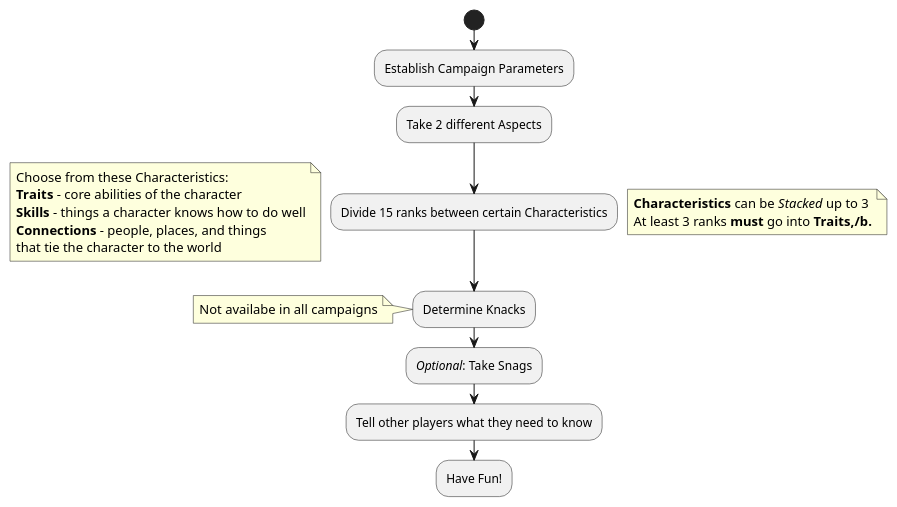
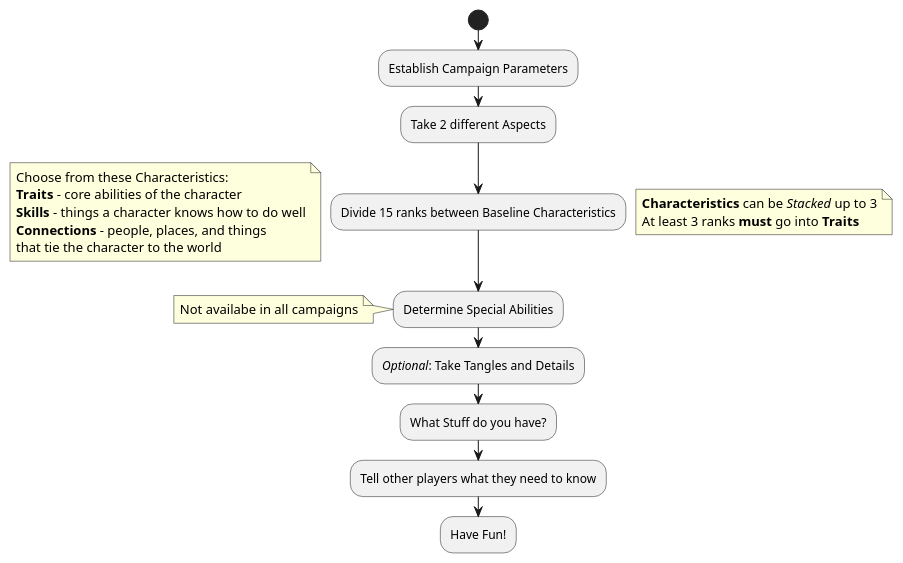
One commit to s-20/unnamed changed the diagram in CCSummary.md. Above: the diagram before and after it, drawn with PlantUML. The commit also changed other lines of this file and 7 other files, not shown here.

````diff
--- a/CCSummary.md
+++ b/CCSummary.md
@@ -10,25 +11,26 @@
 ```plantuml
 @startuml
 start
 :Establish Campaign Parameters;
 :Take 2 different Aspects;
-:Divide 15 ranks between certain Characteristics;
+:Divide 15 ranks between Baseline Characteristics;
 note right
 <b>Characteristics</b> can be //Stacked// up to 3
-At least 3 ranks <b>must</b> go into <b>Traits,/b.
+At least 3 ranks <b>must</b> go into <b>Traits</b>
 end note
 note left
 Choose from these Characteristics:
 <b>Traits</b> - core abilities of the character
 <b>Skills</b> - things a character knows how to do well
 <b>Connections</b> - people, places, and things
 that tie the character to the world
 end note
-:Determine Knacks;
+:Determine Special Abilities;
 note: Not availabe in all campaigns
-://Optional//: Take Snags;
+://Optional//: Take Tangles and Details;
+:What Stuff do you have?;
 :Tell other players what they need to know;
 :Have Fun!;
 @enduml
 stop
 ```
````
